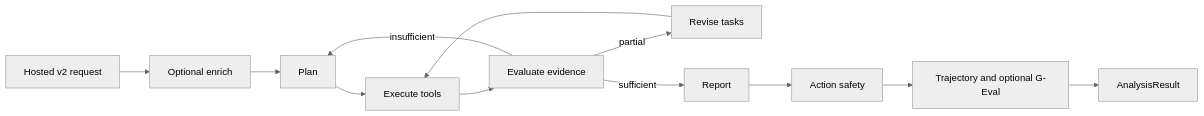
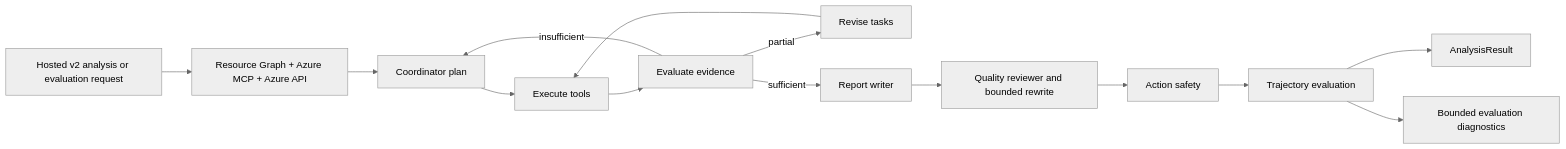
The diagram in src/agent/README.md (Networkdog/AzBriefEnterprise), drawn with Mermaid (neutral theme) before and after one commit. The commit also changed other lines of this file and 105 other files, not shown here.

First line of the commit message:
Add unit tests for Azure Billing and Quality Campaign services

````diff
--- a/src/agent/README.md
+++ b/src/agent/README.md
@@ -31,14 +31,16 @@
 ```mermaid
 flowchart LR
-    I[Hosted v2 request] --> E[Optional enrich]
-    E --> P[Plan]
+  I[Hosted v2 analysis or evaluation request] --> E[Resource Graph + Azure MCP + Azure API]
+  E --> P[Coordinator plan]
     P --> X[Execute tools]
     X --> V[Evaluate evidence]
     V -->|partial| T[Revise tasks]
     T --> X
     V -->|insufficient| P
-    V -->|sufficient| R[Report]
-    R --> A[Action safety]
-    A --> Q[Trajectory and optional G-Eval]
-    Q --> O[AnalysisResult]
+    V -->|sufficient| R[Report writer]
+    R --> Q[Quality reviewer and bounded rewrite]
+    Q --> A[Action safety]
+    A --> TQ[Trajectory evaluation]
+    TQ --> O[AnalysisResult]
+    TQ --> D[Bounded evaluation diagnostics]
 ```
````
